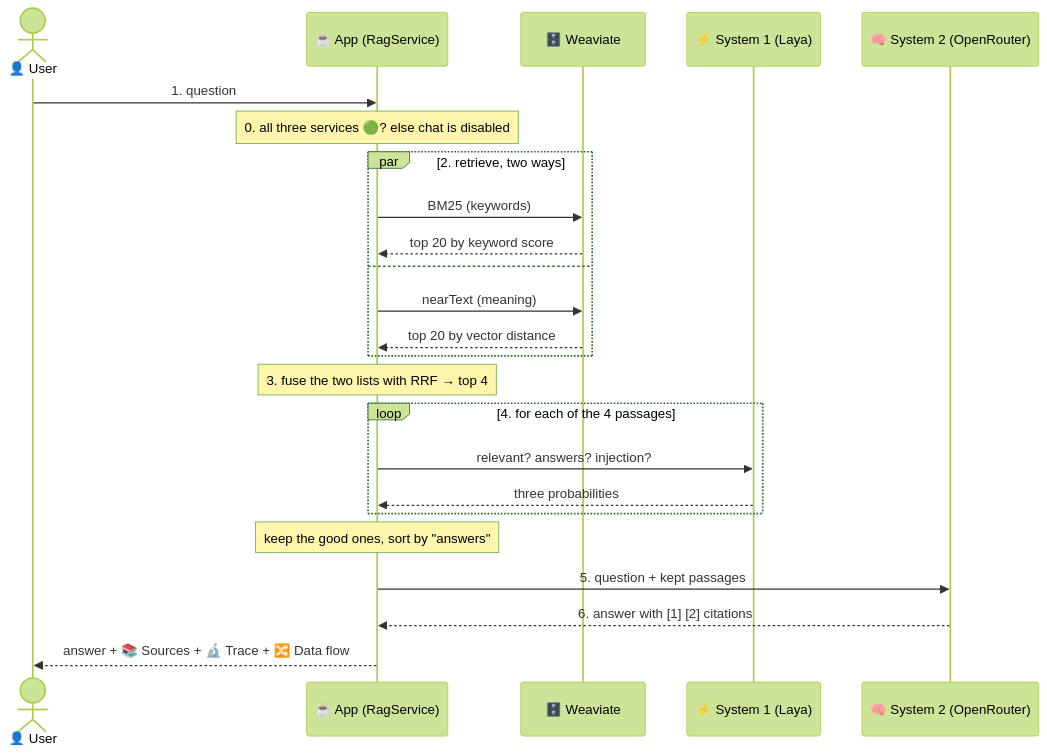
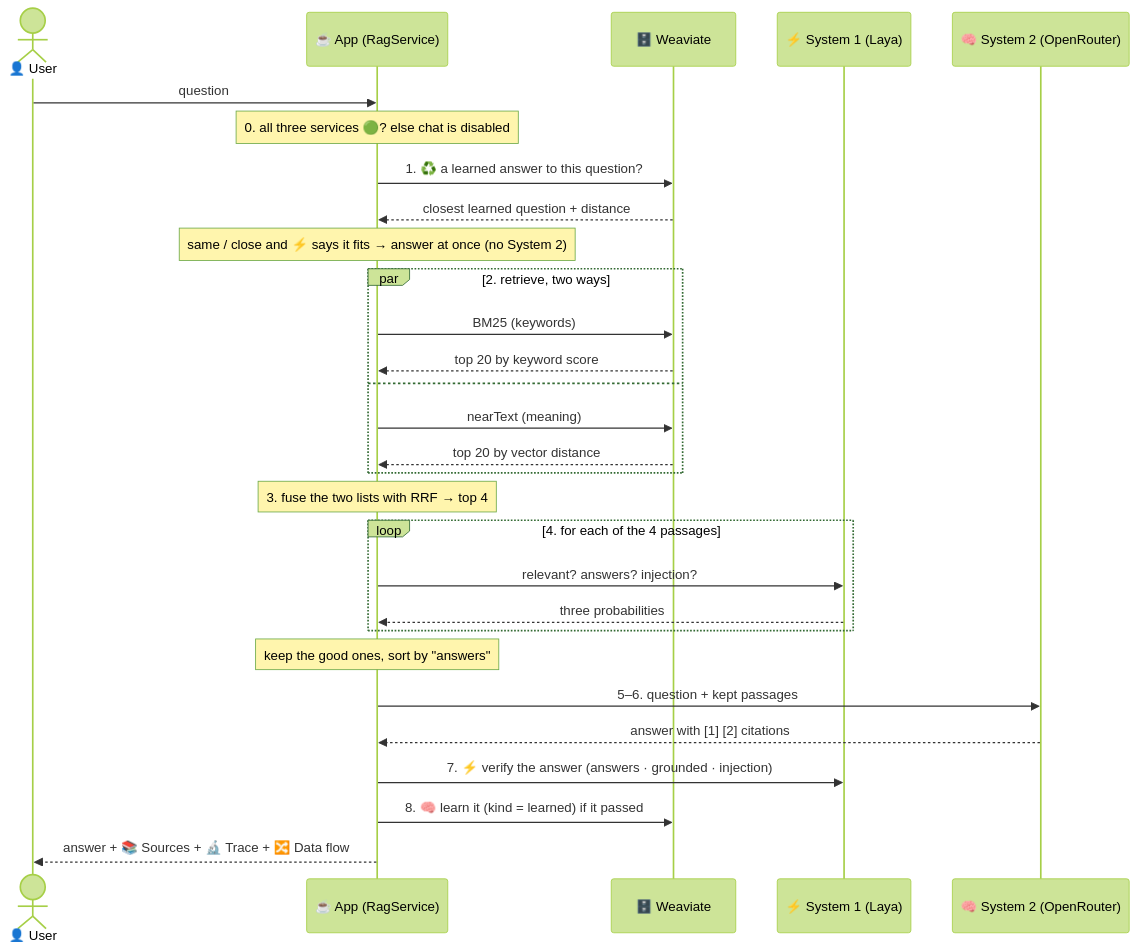
One commit to letrthang/spring-ai-with-hybrid-search-and-system-one-typesafe-jev changed the second of 2 diagrams in architecture.md. Above: the diagram before and after it, drawn with Mermaid (forest theme). The commit also changed other lines of this file, not shown here.

First line of the commit message:
docs: architecture.md — every change up to 1.0.0 + Spring AI classes per feature (#105) (#106)

````diff
--- a/architecture.md
+++ b/architecture.md
@@ -36,27 +46,32 @@
 ```mermaid
 sequenceDiagram
     actor U as 👤 User
     participant A as ☕ App (RagService)
     participant W as 🗄️ Weaviate
     participant S1 as ⚡ System 1 (Laya)
     participant S2 as 🧠 System 2 (OpenRouter)
 
-    U->>A: 1. question
+    U->>A: question
     Note over A: 0. all three services 🟢? else chat is disabled
+    A->>W: 1. ♻️ a learned answer to this question?
+    W-->>A: closest learned question + distance
+    Note over A: same / close and ⚡ says it fits → answer at once (no System 2)
     par 2. retrieve, two ways
         A->>W: BM25 (keywords)
         W-->>A: top 20 by keyword score
     and
         A->>W: nearText (meaning)
         W-->>A: top 20 by vector distance
     end
     Note over A: 3. fuse the two lists with RRF → top 4
     loop 4. for each of the 4 passages
         A->>S1: relevant? answers? injection?
         S1-->>A: three probabilities
     end
     Note over A: keep the good ones, sort by "answers"
-    A->>S2: 5. question + kept passages
-    S2-->>A: 6. answer with [1] [2] citations
+    A->>S2: 5–6. question + kept passages
+    S2-->>A: answer with [1] [2] citations
+    A->>S1: 7. ⚡ verify the answer (answers · grounded · injection)
+    A->>W: 8. 🧠 learn it (kind = learned) if it passed
     A-->>U: answer + 📚 Sources + 🔬 Trace + 🔀 Data flow
 ```
````
